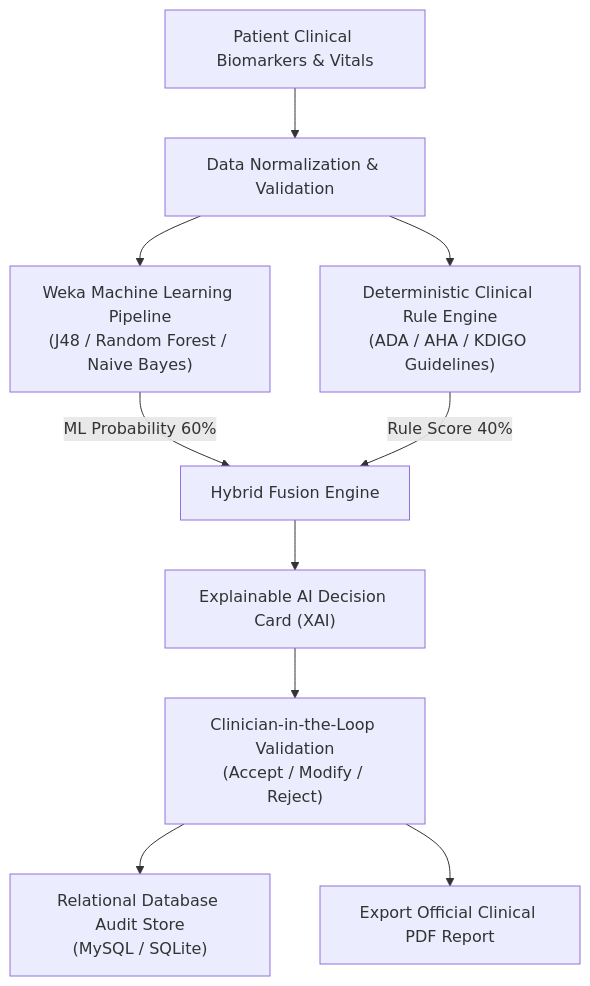
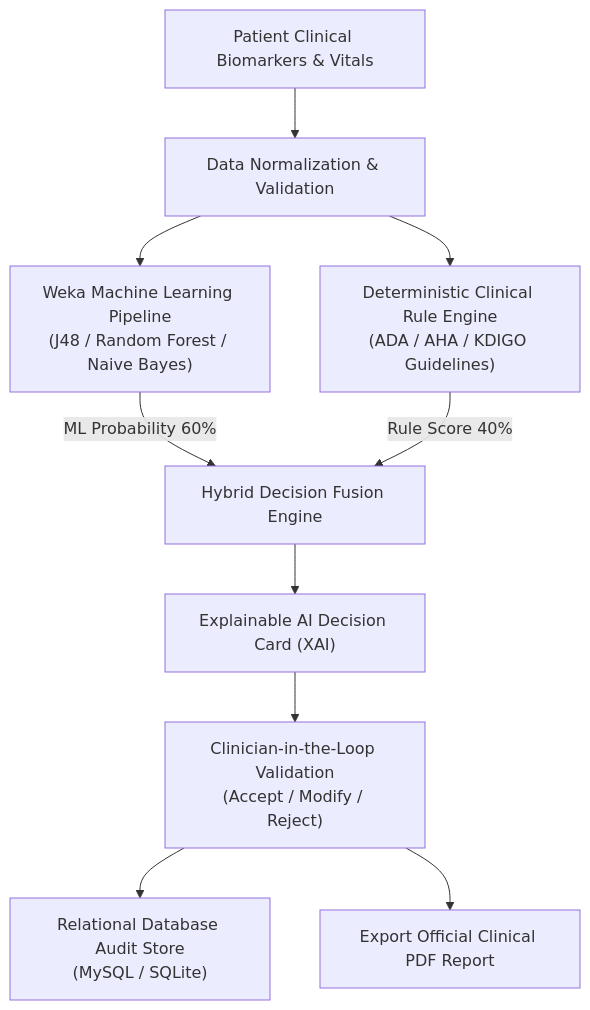
Before and after one commit to syedameencode/MediGuideAI: the diagram in README.md, drawn with Mermaid. The commit also changed other lines of this file, not shown here.

````diff
--- a/README.md
+++ b/README.md
@@ -32,12 +44,12 @@
 ```mermaid
 flowchart TD
     A["Patient Clinical Biomarkers & Vitals"] --> B["Data Normalization & Validation"]
     B --> C["Weka Machine Learning Pipeline<br/>(J48 / Random Forest / Naive Bayes)"]
     B --> D["Deterministic Clinical Rule Engine<br/>(ADA / AHA / KDIGO Guidelines)"]
-    C -->|ML Probability 60%| E["Hybrid Fusion Engine"]
+    C -->|ML Probability 60%| E["Hybrid Decision Fusion Engine"]
     D -->|Rule Score 40%| E
     E --> F["Explainable AI Decision Card (XAI)"]
     F --> G["Clinician-in-the-Loop Validation<br/>(Accept / Modify / Reject)"]
     G --> H["Relational Database Audit Store<br/>(MySQL / SQLite)"]
     G --> I["Export Official Clinical PDF Report"]
 ```
````
